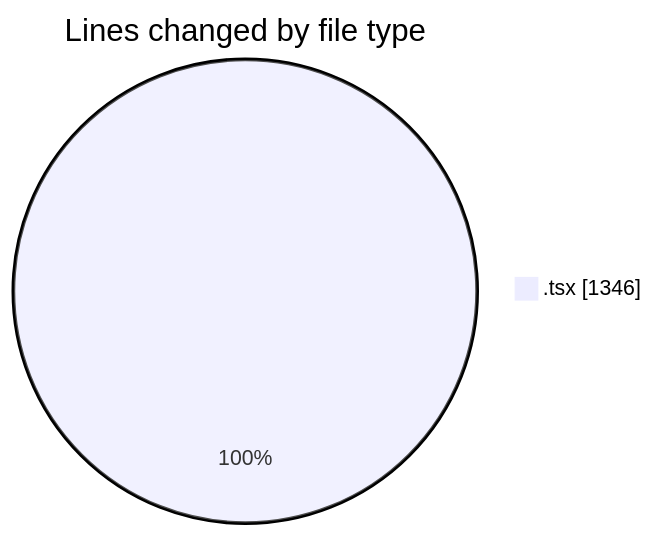
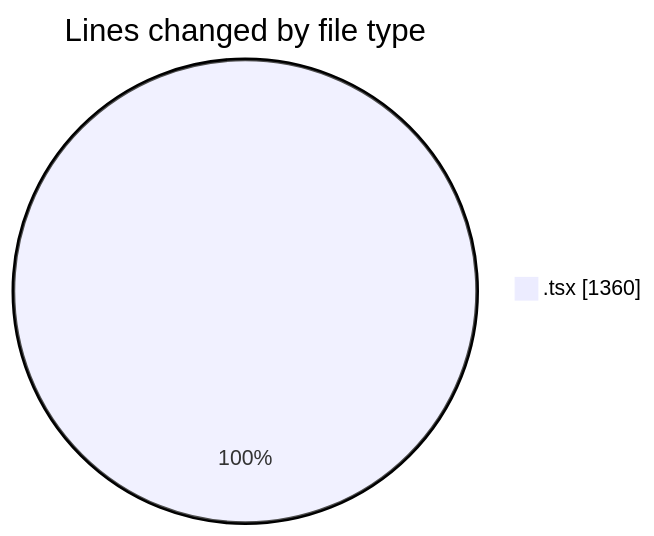
Before and after one commit to julien-gomy/code-tracking: the first of 2 diagrams in 2025-10-10/eventscop-frontend-guide__workspace_/README.md, drawn with Mermaid. The commit also changed other lines of this file and 1 other file, not shown here.

````diff
--- a/2025-10-10/eventscop-frontend-guide__workspace_/README.md
+++ b/2025-10-10/eventscop-frontend-guide__workspace_/README.md
@@ -24,5 +24,5 @@
 ```mermaid
 pie showData
 title Lines changed by file type
-".tsx" : 1346
+".tsx" : 1360
 ```
````
